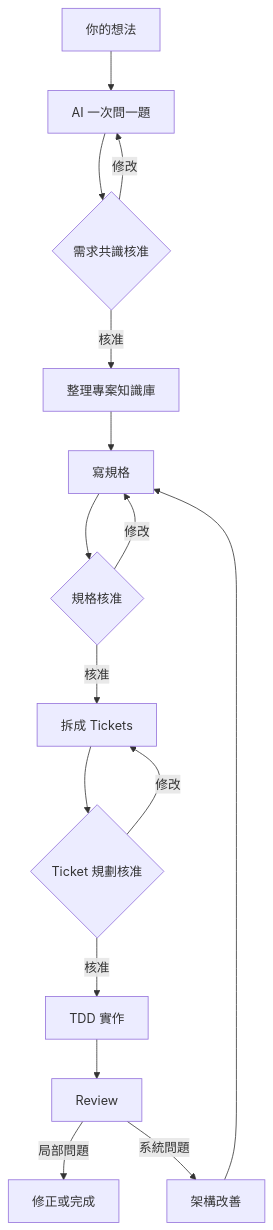
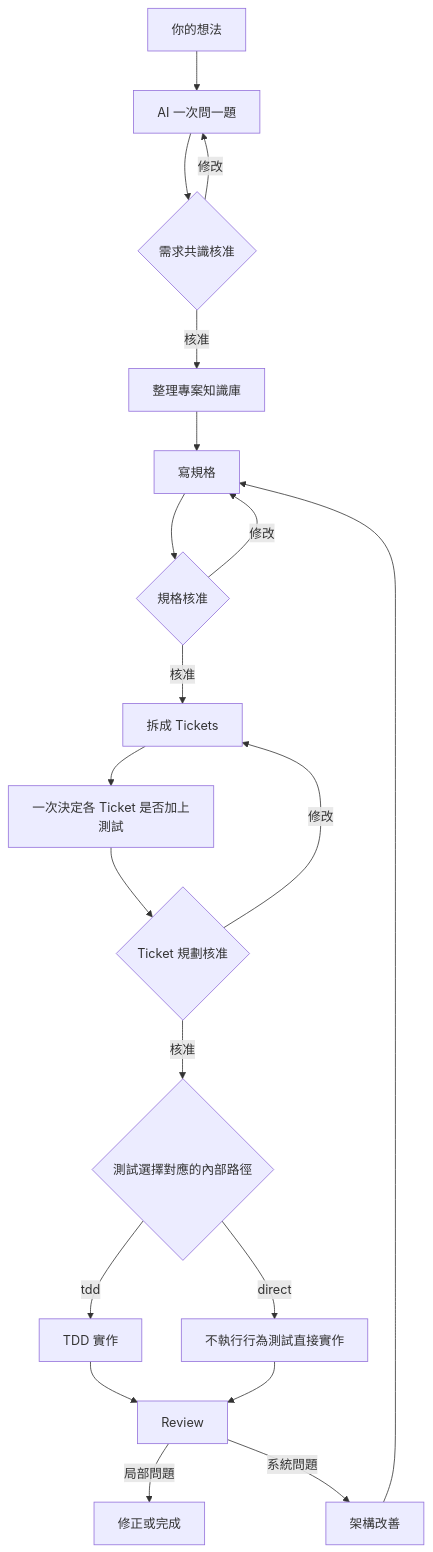
One commit to Mysterio1001/Ask-Then-Do-It changed the diagram in docs/guides/getting-started-simple.zh-TW.md. Above: the diagram before and after it, drawn with Mermaid. The commit also changed other lines of this file and 94 other files, not shown here.

````diff
--- a/docs/guides/getting-started-simple.zh-TW.md
+++ b/docs/guides/getting-started-simple.zh-TW.md
@@ -15,18 +15,22 @@
 ```mermaid
 flowchart TD
     A["你的想法"] --> B["AI 一次問一題"]
     B --> C{"需求共識核准"}
     C -->|修改| B
     C -->|核准| D["整理專案知識庫"]
     D --> E["寫規格"]
     E --> F{"規格核准"}
     F -->|修改| E
     F -->|核准| G["拆成 Tickets"]
-    G --> H{"Ticket 規劃核准"}
-    H -->|修改| G
-    H -->|核准| I["TDD 實作"]
-    I --> J["Review"]
-    J -->|局部問題| K["修正或完成"]
-    J -->|系統問題| L["架構改善"]
-    L --> E
+    G --> H["一次決定各 Ticket 是否加上測試"]
+    H --> I{"Ticket 規劃核准"}
+    I -->|修改| G
+    I -->|核准| J{"測試選擇對應的內部路徑"}
+    J -->|tdd| K["TDD 實作"]
+    J -->|direct| L["不執行行為測試直接實作"]
+    K --> M["Review"]
+    L --> M
+    M -->|局部問題| N["修正或完成"]
+    M -->|系統問題| O["架構改善"]
+    O --> E
 ```
````
